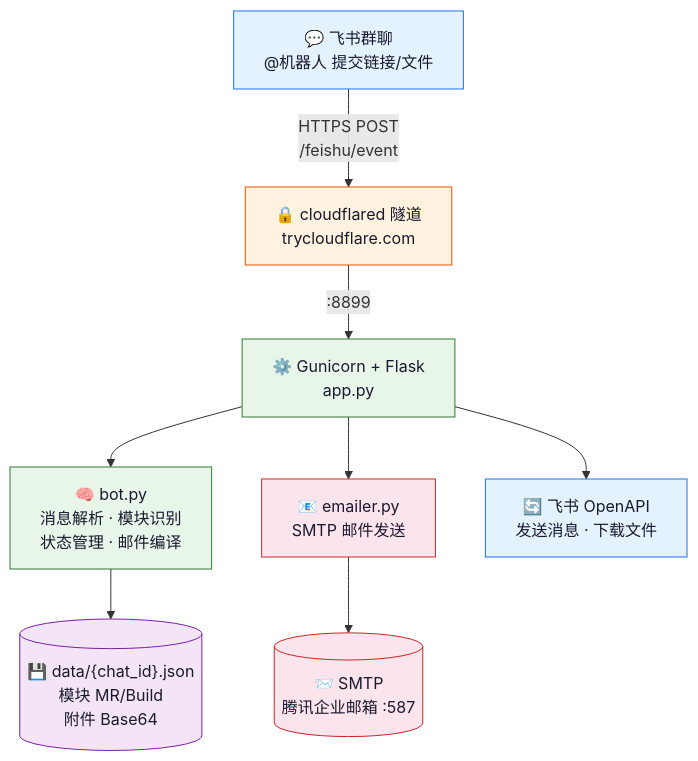
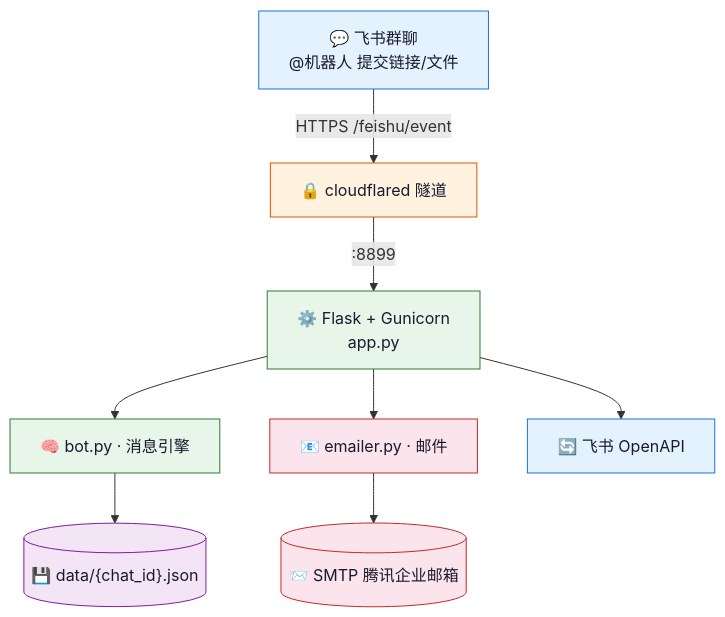
Before and after one commit to macjacobs96/e0v-release-bot: the second of 3 diagrams in README.md, drawn with Mermaid. The commit also changed other lines of this file, not shown here.

Commit message:
README: all-in-one product page style with Mermaid diagrams

````diff
--- a/README.md
+++ b/README.md
@@ -50,21 +126,21 @@
 ```mermaid
 graph TB
-    A["💬 飞书群聊<br/>@机器人 提交链接/文件"] -->|"HTTPS POST<br/>/feishu/event"| B["🔒 cloudflared 隧道<br/>trycloudflare.com"]
-    B -->|":8899"| C["⚙️ Gunicorn + Flask<br/>app.py"]
+    A["💬 飞书群聊<br/>@机器人 提交链接/文件"] -->|"HTTPS /feishu/event"| B["🔒 cloudflared 隧道"]
+    B -->|":8899"| C["⚙️ Flask + Gunicorn<br/>app.py"]
     
-    C --> D["🧠 bot.py<br/>消息解析 · 模块识别<br/>状态管理 · 邮件编译"]
-    C --> E["📧 emailer.py<br/>SMTP 邮件发送"]
-    C --> F["🔄 飞书 OpenAPI<br/>发送消息 · 下载文件"]
+    C --> D["🧠 bot.py · 消息引擎"]
+    C --> E["📧 emailer.py · 邮件"]
+    C --> F["🔄 飞书 OpenAPI"]
     
-    D --> G[("💾 data/{chat_id}.json<br/>模块 MR/Build<br/>附件 Base64")]
-    E --> H[("📨 SMTP<br/>腾讯企业邮箱 :587")]
+    D --> G[("💾 data/{chat_id}.json")]
+    E --> H[("📨 SMTP 腾讯企业邮箱")]
     
     style A fill:#e3f2fd,stroke:#1a73e8,color:#1a1a2e
     style B fill:#fff3e0,stroke:#e65100,color:#1a1a2e
     style C fill:#e8f5e9,stroke:#2e7d32,color:#1a1a2e
     style D fill:#e8f5e9,stroke:#2e7d32,color:#1a1a2e
     style E fill:#fce4ec,stroke:#c62828,color:#1a1a2e
     style F fill:#e3f2fd,stroke:#1a73e8,color:#1a1a2e
     style G fill:#f3e5f5,stroke:#7b1fa2,color:#1a1a2e
     style H fill:#fce4ec,stroke:#c62828,color:#1a1a2e
 ```
````
